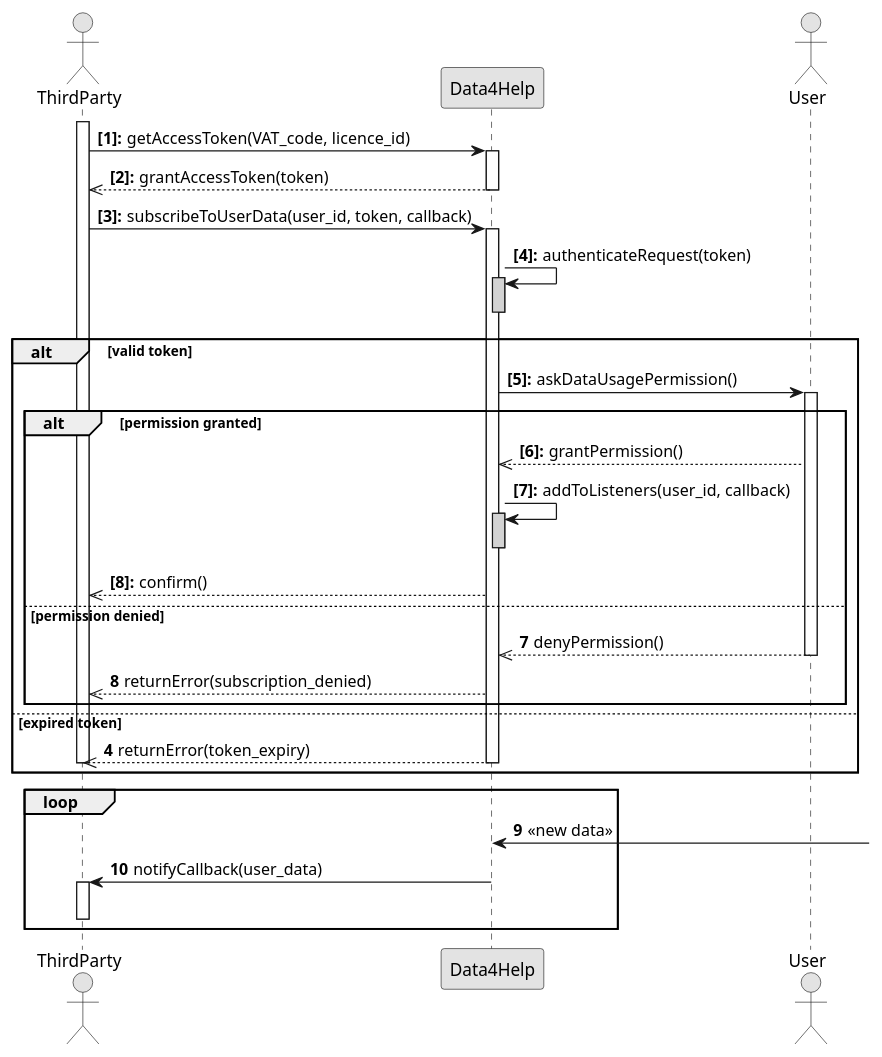
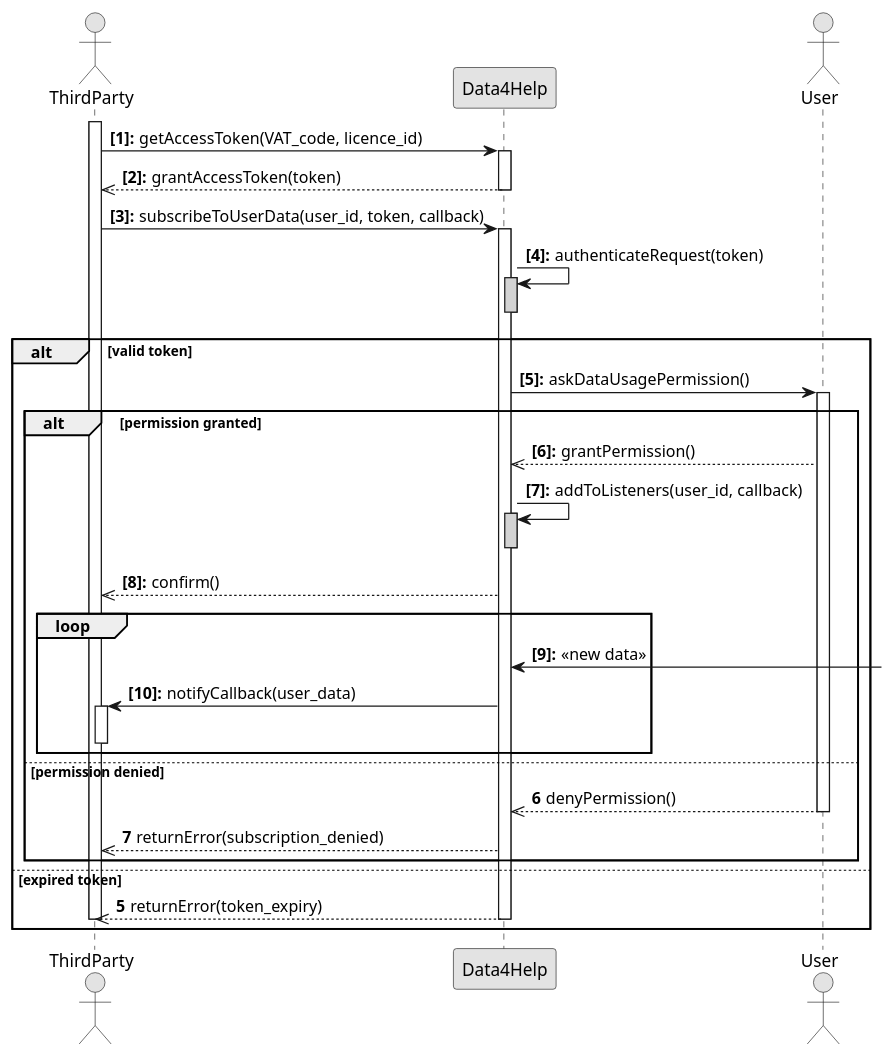
One commit to AlviseDeFaveri/BiscontiniDeFaveriGelli changed the diagram in RASD/Diagrams/Draw.io/seq_thirdparty_subscription.puml. Above: the diagram before and after it, drawn with PlantUML. The commit also changed 8 other files, not shown here.

Commit message:
[UML] Added AutomatesSOS and Track4Run sequence diagrams

```diff
--- a/RASD/Diagrams/Draw.io/seq_thirdparty_subscription.puml
+++ b/RASD/Diagrams/Draw.io/seq_thirdparty_subscription.puml
@@ -1,59 +1,58 @@
 @startuml
 
 autonumber "<b>[0]:</b>"
 skinparam monochrome  true
 
 actor ThirdParty
 participant Data4Help
 actor User
 
 activate ThirdParty
 
 ThirdParty -> Data4Help : getAccessToken(VAT_code, licence_id)
 activate Data4Help
 Data4Help -->> ThirdParty : grantAccessToken(token)
 deactivate Data4Help
 
 ThirdParty -> Data4Help : subscribeToUserData(user_id, token, callback)
 activate Data4Help
 Data4Help -> Data4Help : authenticateRequest(token)
 activate Data4Help #lightgrey 
 deactivate Data4Help
 
 alt valid token
 	
 	Data4Help -> User : askDataUsagePermission()
 	activate User
 	
 	alt permission granted
 		User -->> Data4Help : grantPermission()
 		Data4Help -> Data4Help : addToListeners(user_id, callback)
 		activate Data4Help #lightgrey 
 		deactivate Data4Help
 		Data4Help -->> ThirdParty : confirm()
+		
+		loop 
+	Data4Help <- : <<new data>>
+	Data4Help -> ThirdParty : notifyCallback(user_data)
+	
+	activate ThirdParty
+	deactivate ThirdParty
+	end
 	
 	else permission denied
-		autonumber 7
+		autonumber 6
 		User -->> Data4Help : denyPermission()
 		deactivate User
 		Data4Help -->> ThirdParty : returnError(subscription_denied)
 		
 	end
 	
 else expired token
-	autonumber 4
+	autonumber 5
 	Data4Help -->> ThirdParty : returnError(token_expiry)
 	deactivate Data4Help
 	deactivate ThirdParty
 end
 
-loop 
-autonumber 9
-Data4Help <- : <<new data>>
-Data4Help -> ThirdParty : notifyCallback(user_data)
-
-activate ThirdParty
-deactivate ThirdParty
-end
-
 @enduml
```
